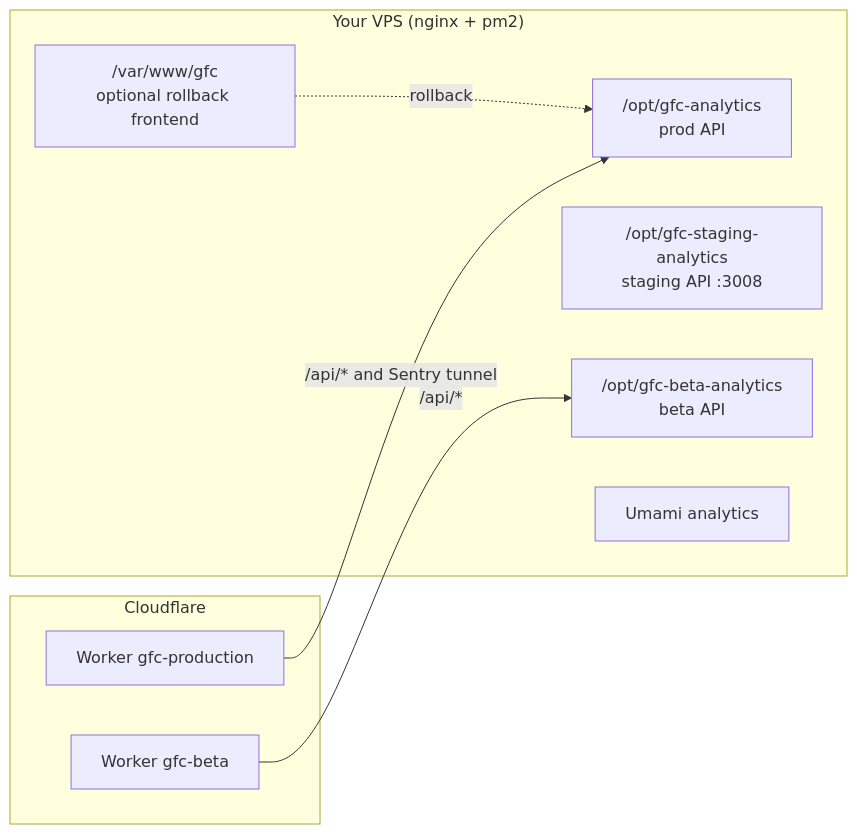
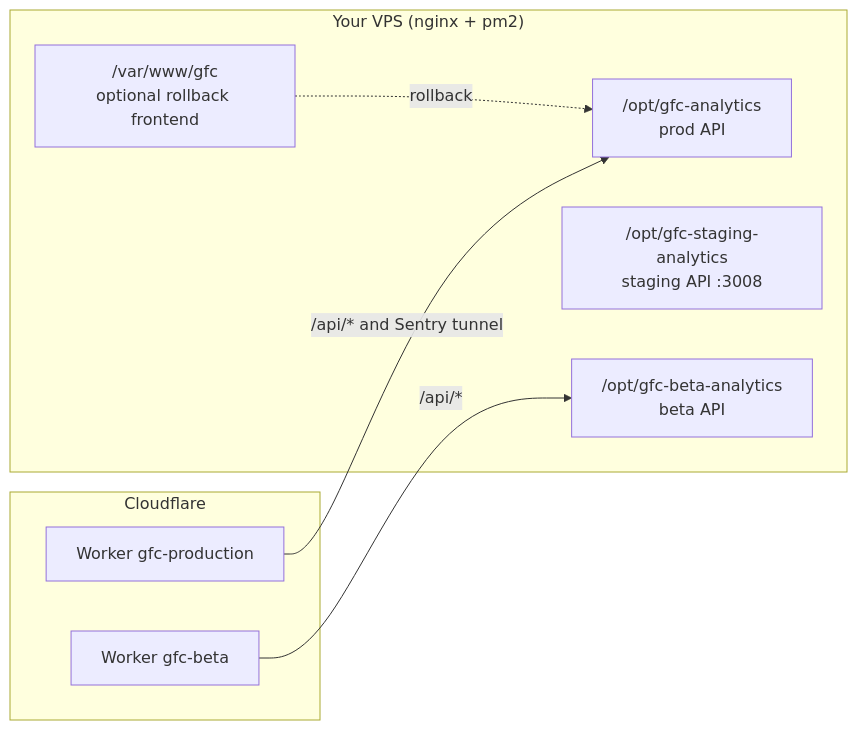
One commit to WxboySuper/Graphical-Forecast-Creator changed the diagram in docs/guide/03-hosting-and-services.md. Above: the diagram before and after it, drawn with Mermaid. The commit also changed other lines of this file and 52 other files, not shown here.

````diff
--- a/docs/guide/03-hosting-and-services.md
+++ b/docs/guide/03-hosting-and-services.md
@@ -19,17 +19,16 @@
 ```mermaid
 flowchart LR
   subgraph CF["Cloudflare"]
     W[Worker gfc-beta]
     P[Worker gfc-production]
   end
   subgraph VPS["Your VPS (nginx + pm2)"]
     prodFe["/var/www/gfc<br/>optional rollback frontend"]
     prodApi["/opt/gfc-analytics<br/>prod API"]
     stgApi["/opt/gfc-staging-analytics<br/>staging API :3008"]
     betaApi["/opt/gfc-beta-analytics<br/>beta API"]
-    umami[Umami analytics]
   end
   W -->|/api/*| betaApi
   P -->|/api/* and Sentry tunnel| prodApi
   prodFe -. rollback .-> prodApi
 ```
````
